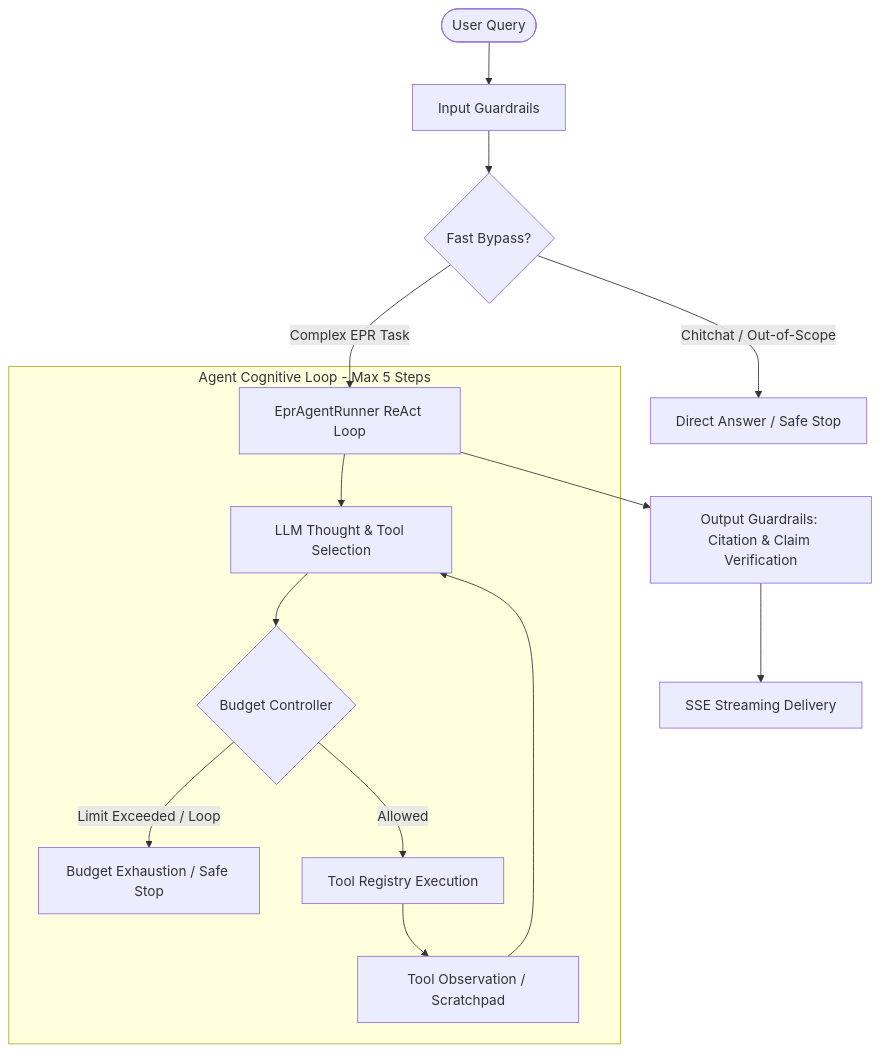
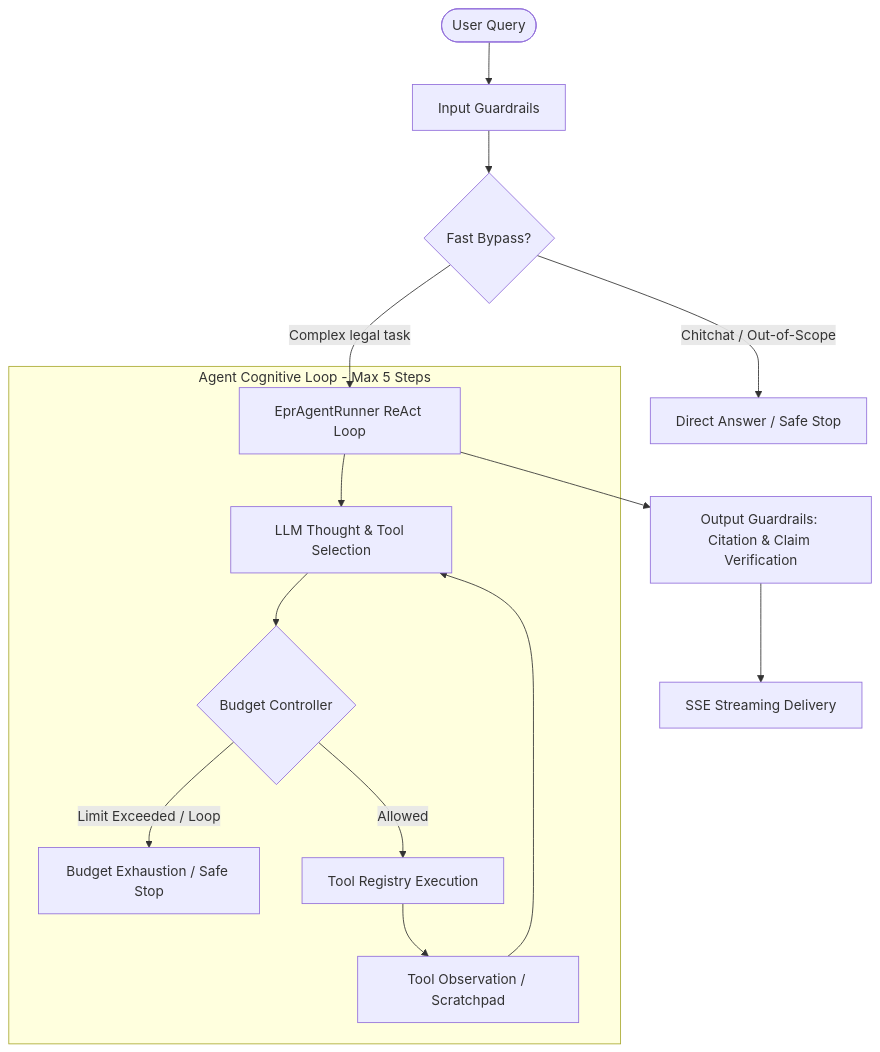
The diagram in docs/architecture/autonomous-agent-architecture.md (taitran501/vietnam-legal-agent), drawn with Mermaid before and after one commit. The commit also changed other lines of this file and 36 other files, not shown here.

Commit message:
chore: clean up Vietnam Legal Agent repository

````diff
--- a/docs/architecture/autonomous-agent-architecture.md
+++ b/docs/architecture/autonomous-agent-architecture.md
@@ -22,19 +25,19 @@
 ```mermaid
 flowchart TD
     User([User Query]) --> GuardrailIn[Input Guardrails]
     GuardrailIn --> RouteCheck{Fast Bypass?}
     RouteCheck -->|Chitchat / Out-of-Scope| FastDirect[Direct Answer / Safe Stop]
-    RouteCheck -->|Complex EPR Task| AgentRunner[EprAgentRunner ReAct Loop]
+    RouteCheck -->|Complex legal task| AgentRunner[EprAgentRunner ReAct Loop]
 
     subgraph CognitiveLoop [Agent Cognitive Loop - Max 5 Steps]
         AgentRunner --> LLMReason[LLM Thought & Tool Selection]
         LLMReason --> BudgetCheck{Budget Controller}
         BudgetCheck -->|Limit Exceeded / Loop| SafeStop[Budget Exhaustion / Safe Stop]
         BudgetCheck -->|Allowed| ToolExec[Tool Registry Execution]
         ToolExec --> Observation[Tool Observation / Scratchpad]
         Observation --> LLMReason
     end
 
     AgentRunner --> GuardrailOut[Output Guardrails: Citation & Claim Verification]
     GuardrailOut --> SSEStream[SSE Streaming Delivery]
 ```
````
